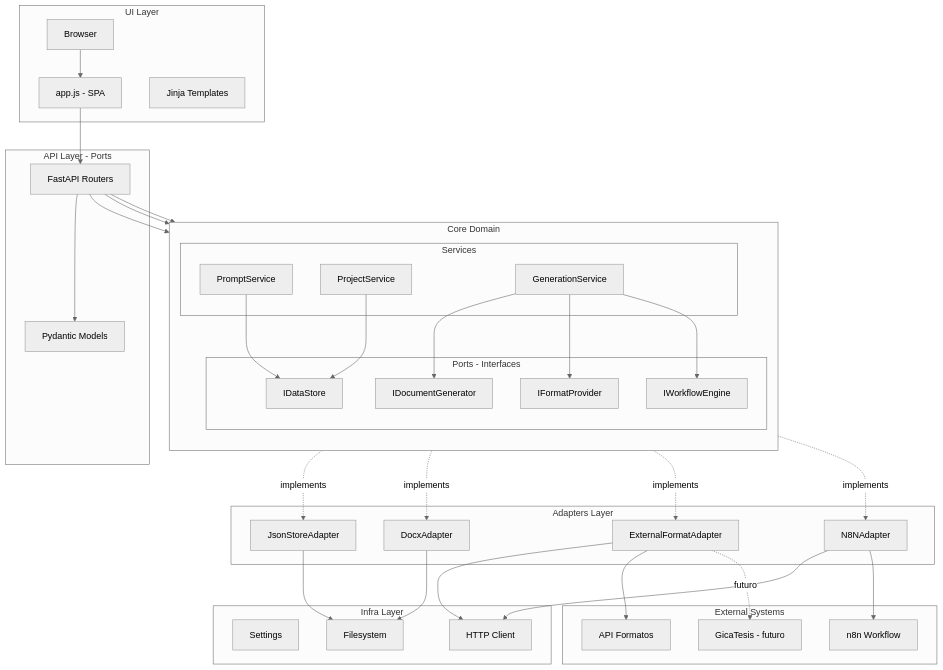
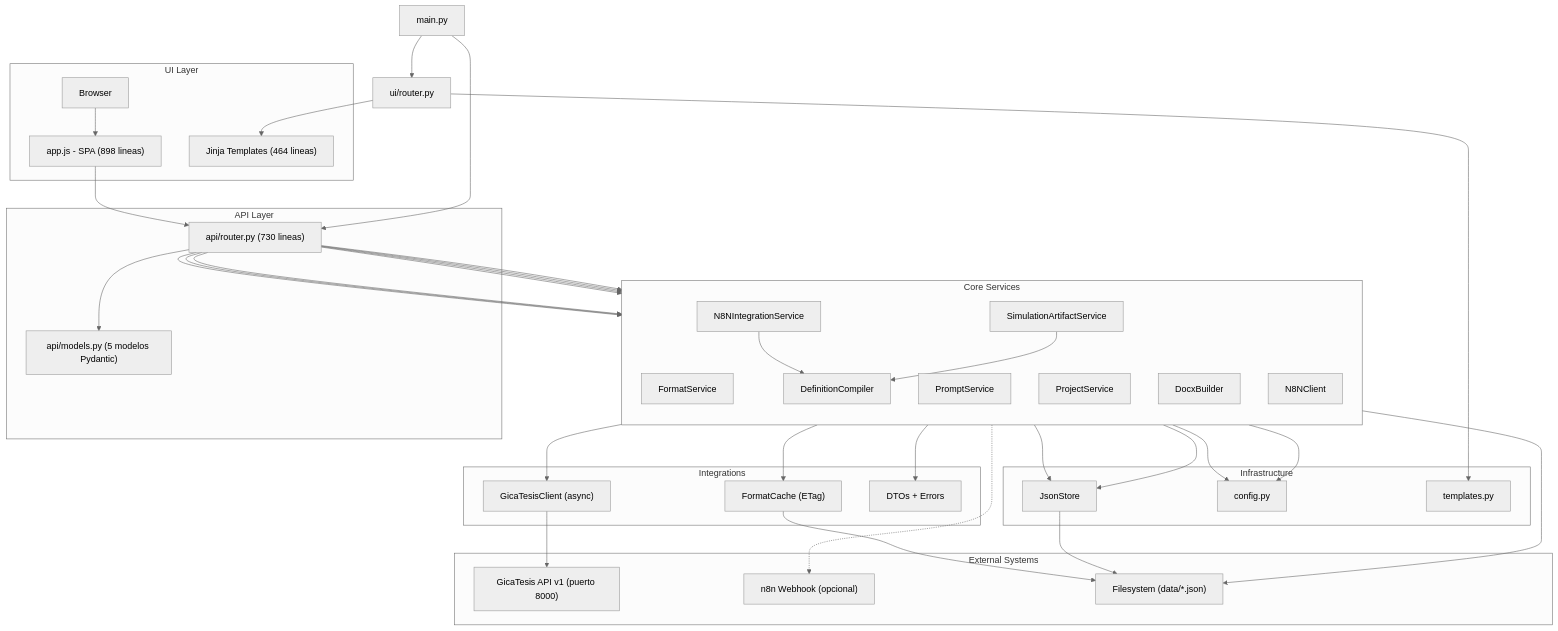
The diagram in docs/diagramas/arquitectura.mmd (mikehernandez-bit/Proyecto2TesisAI), drawn with Mermaid (neutral theme) before and after one commit. The commit also changed 160 other files, not shown here.

```diff
--- a/docs/diagramas/arquitectura.mmd
+++ b/docs/diagramas/arquitectura.mmd
@@ -1,75 +1,81 @@
 %% Arquitectura GicaGen - Diagrama Mermaid
 %% Usar en: https://mermaid.live o integrado en Markdown
+%% Actualizado: refleja estructura real del codigo
 
 graph TB
     subgraph "UI Layer"
         BROWSER[Browser]
-        JS[app.js - SPA]
-        TEMPLATES[Jinja Templates]
+        JS["app.js - SPA (898 lineas)"]
+        TEMPLATES["Jinja Templates (464 lineas)"]
     end
     
-    subgraph "API Layer - Ports"
-        API[FastAPI Routers]
-        MODELS[Pydantic Models]
+    subgraph "API Layer"
+        API["api/router.py (730 lineas)"]
+        MODELS["api/models.py (5 modelos Pydantic)"]
     end
     
-    subgraph "Core Domain"
+    subgraph "Core Services"
         direction TB
-        subgraph "Services"
-            PROMPT_SVC[PromptService]
-            PROJECT_SVC[ProjectService]
-            GEN_SVC[GenerationService]
-        end
-        subgraph "Ports - Interfaces"
-            I_STORE[IDataStore]
-            I_DOCGEN[IDocumentGenerator]
-            I_FORMAT[IFormatProvider]
-            I_WORKFLOW[IWorkflowEngine]
-        end
+        FMT_SVC[FormatService]
+        PRM_SVC[PromptService]
+        PRJ_SVC[ProjectService]
+        DOCX_SVC[DocxBuilder]
+        N8N_CLIENT[N8NClient]
+        N8N_INT[N8NIntegrationService]
+        DEF_COMP[DefinitionCompiler]
+        SIM_ART[SimulationArtifactService]
     end
     
-    subgraph "Adapters Layer"
-        JSON_ADAPTER[JsonStoreAdapter]
-        DOCX_ADAPTER[DocxAdapter]
-        FORMAT_ADAPTER[ExternalFormatAdapter]
-        N8N_ADAPTER[N8NAdapter]
+    subgraph "Integrations"
+        GT_CLIENT["GicaTesisClient (async)"]
+        GT_CACHE["FormatCache (ETag)"]
+        GT_TYPES["DTOs + Errors"]
     end
     
-    subgraph "Infra Layer"
-        CONFIG[Settings]
-        FS[Filesystem]
-        HTTP[HTTP Client]
+    subgraph "Infrastructure"
+        JSON_STORE[JsonStore]
+        CONFIG[config.py]
+        TMPL_CFG[templates.py]
     end
     
     subgraph "External Systems"
-        EXT_API[API Formatos]
-        N8N[n8n Workflow]
-        GICATESIS[GicaTesis - futuro]
+        GICATESIS["GicaTesis API v1 (puerto 8000)"]
+        N8N_WH["n8n Webhook (opcional)"]
+        FS["Filesystem (data/*.json)"]
     end
     
     BROWSER --> JS
     JS --> API
     API --> MODELS
-    API --> PROMPT_SVC
-    API --> PROJECT_SVC
-    API --> GEN_SVC
+    API --> FMT_SVC
+    API --> PRM_SVC
+    API --> PRJ_SVC
+    API --> DOCX_SVC
+    API --> N8N_CLIENT
+    API --> N8N_INT
+    API --> SIM_ART
     
-    PROMPT_SVC --> I_STORE
-    PROJECT_SVC --> I_STORE
-    GEN_SVC --> I_DOCGEN
-    GEN_SVC --> I_FORMAT
-    GEN_SVC --> I_WORKFLOW
+    N8N_INT --> DEF_COMP
+    SIM_ART --> DEF_COMP
     
-    I_STORE -.->|implements| JSON_ADAPTER
-    I_DOCGEN -.->|implements| DOCX_ADAPTER
-    I_FORMAT -.->|implements| FORMAT_ADAPTER
-    I_WORKFLOW -.->|implements| N8N_ADAPTER
+    FMT_SVC --> GT_CLIENT
+    FMT_SVC --> GT_CACHE
+    FMT_SVC --> GT_TYPES
+    FMT_SVC --> CONFIG
     
-    JSON_ADAPTER --> FS
-    DOCX_ADAPTER --> FS
-    FORMAT_ADAPTER --> HTTP
-    FORMAT_ADAPTER --> EXT_API
-    N8N_ADAPTER --> HTTP
-    N8N_ADAPTER --> N8N
+    GT_CLIENT --> GICATESIS
+    GT_CACHE --> FS
     
-    FORMAT_ADAPTER -.->|futuro| GICATESIS
+    PRM_SVC --> JSON_STORE
+    PRJ_SVC --> JSON_STORE
+    JSON_STORE --> FS
+    
+    N8N_CLIENT --> CONFIG
+    N8N_CLIENT -.-> N8N_WH
+    
+    SIM_ART --> FS
+    
+    MAIN[main.py] --> API
+    MAIN --> UI_ROUTER[ui/router.py]
+    UI_ROUTER --> TEMPLATES
+    UI_ROUTER --> TMPL_CFG
```
